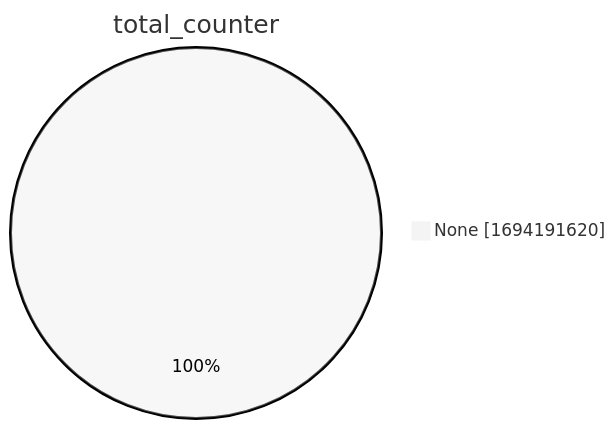
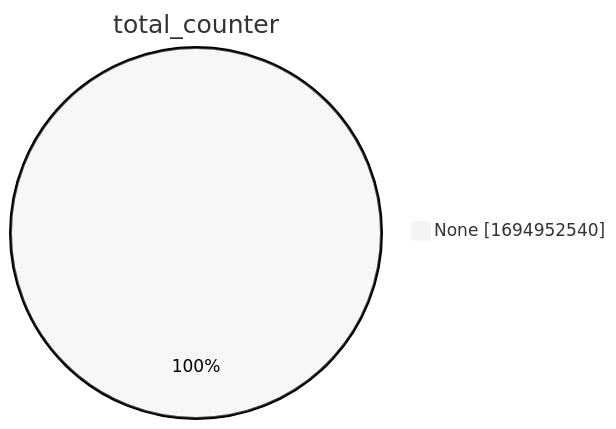
The second of 15 diagrams in xenon2022/README.md (christiankrug/ctmonitor_visualization), drawn with Mermaid (neutral theme) before and after one commit. The commit also changed other lines of this file, not shown here.

````diff
--- a/xenon2022/README.md
+++ b/xenon2022/README.md
@@ -9,5 +9,5 @@
 ```mermaid
 pie showData
 title total_counter
-"None" :1694191620
+"None" :1694952540
 ```
````
